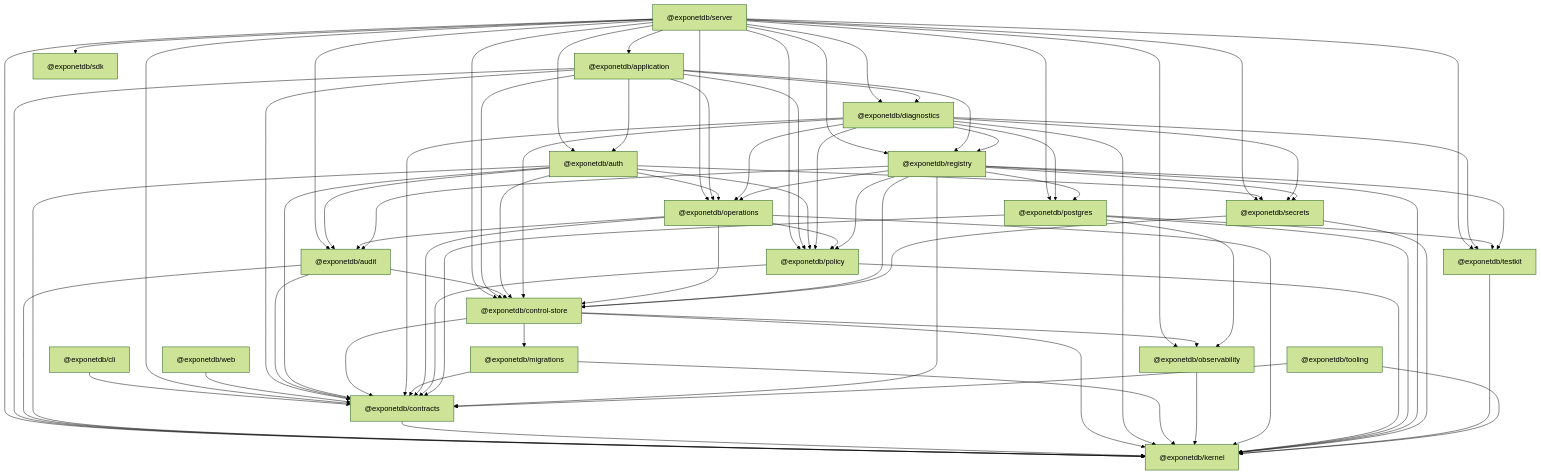
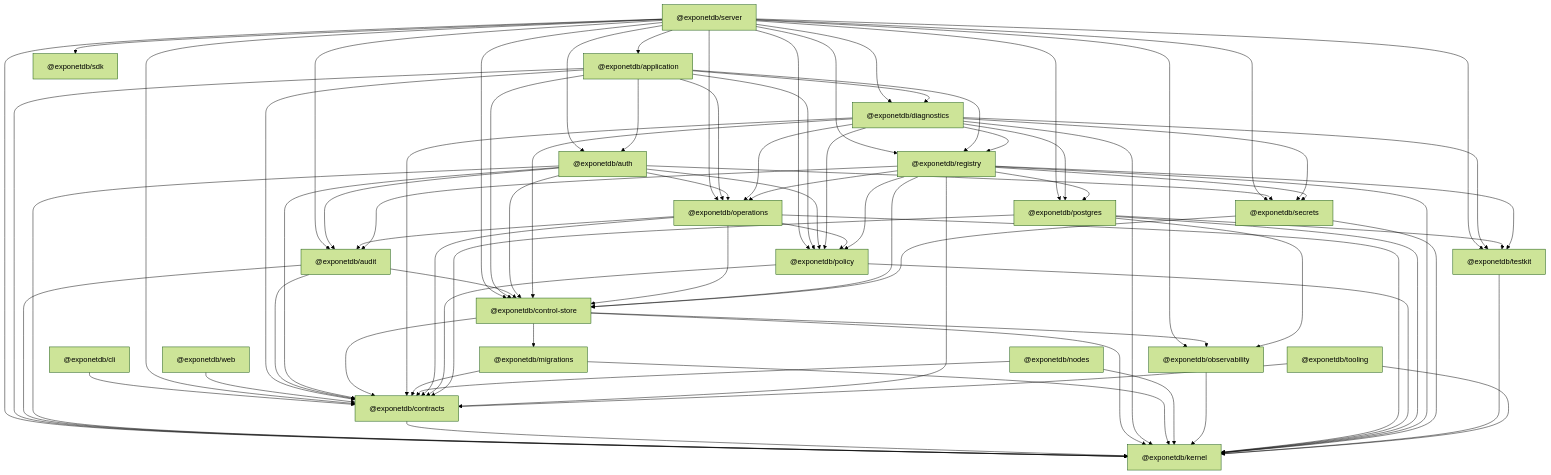
One commit to davdxpx/ExponetDB changed the diagram in tooling/boundaries/package-graph.md. Above: the diagram before and after it, drawn with Mermaid (forest theme). The commit also changed 21 other files, not shown here.

```diff
--- a/tooling/boundaries/package-graph.md
+++ b/tooling/boundaries/package-graph.md
@@ -17,6 +17,7 @@
   packages_diagnostics["@exponetdb/diagnostics"]
   packages_kernel["@exponetdb/kernel"]
   packages_migrations["@exponetdb/migrations"]
+  packages_nodes["@exponetdb/nodes"]
   packages_observability["@exponetdb/observability"]
   packages_operations["@exponetdb/operations"]
   packages_policy["@exponetdb/policy"]
@@ -77,6 +78,8 @@
   packages_diagnostics["@exponetdb/diagnostics"] --> packages_testkit
   packages_migrations["@exponetdb/migrations"] --> packages_contracts
   packages_migrations["@exponetdb/migrations"] --> packages_kernel
+  packages_nodes["@exponetdb/nodes"] --> packages_contracts
+  packages_nodes["@exponetdb/nodes"] --> packages_kernel
   packages_observability["@exponetdb/observability"] --> packages_kernel
   packages_operations["@exponetdb/operations"] --> packages_audit
   packages_operations["@exponetdb/operations"] --> packages_contracts
```
